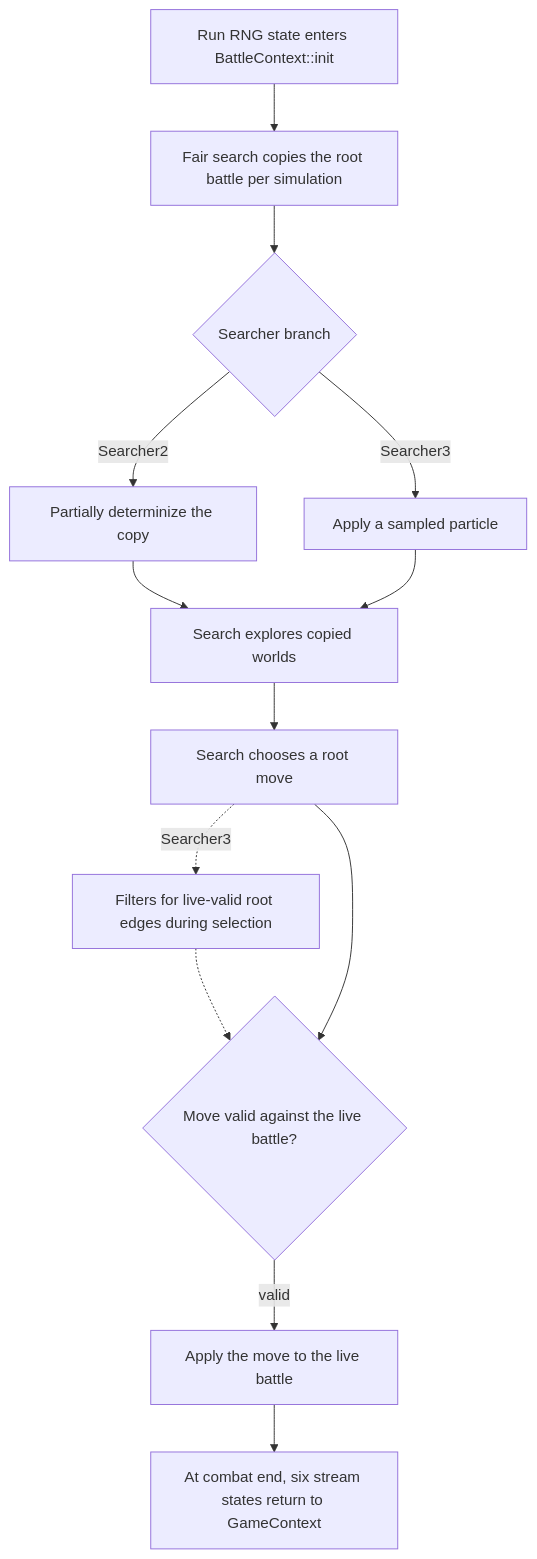
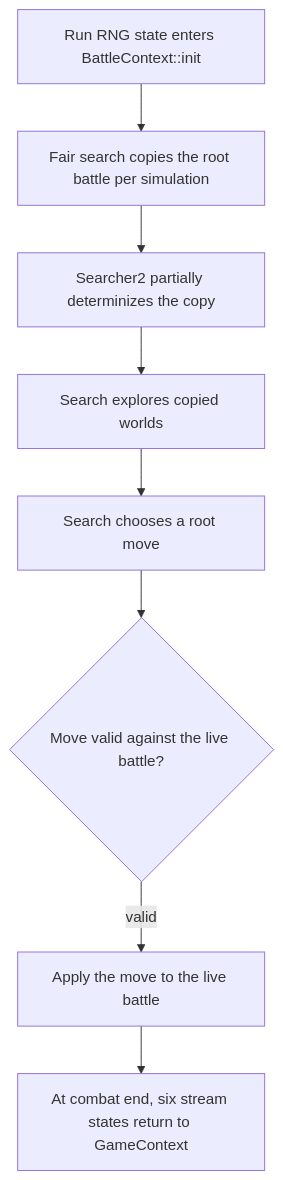
One commit to pherrman1/sts_ai changed the diagram in docs/knowledge-base/behavior/determinism-and-rng.md. Above: the diagram before and after it, drawn with Mermaid. The commit also changed other lines of this file and 63 other files, not shown here.

````diff
--- a/docs/knowledge-base/behavior/determinism-and-rng.md
+++ b/docs/knowledge-base/behavior/determinism-and-rng.md
@@ -93,15 +90,10 @@
 ```mermaid
 flowchart TD
     A["Run RNG state enters BattleContext::init"] --> B["Fair search copies the root battle per simulation"]
-    B --> C{"Searcher branch"}
-    C -->|"Searcher2"| D["Partially determinize the copy"]
-    C -->|"Searcher3"| E["Apply a sampled particle"]
+    B --> D["Searcher2 partially determinizes the copy"]
     D --> F["Search explores copied worlds"]
-    E --> F
     F --> G["Search chooses a root move"]
-    G -.->|"Searcher3"| S3F["Filters for live-valid root edges during selection"]
-    S3F -.-> H
     G --> H{"Move valid against the live battle?"}
     H -->|"valid"| I["Apply the move to the live battle"]
     I --> J["At combat end, six stream states return to GameContext"]
 ```
````
